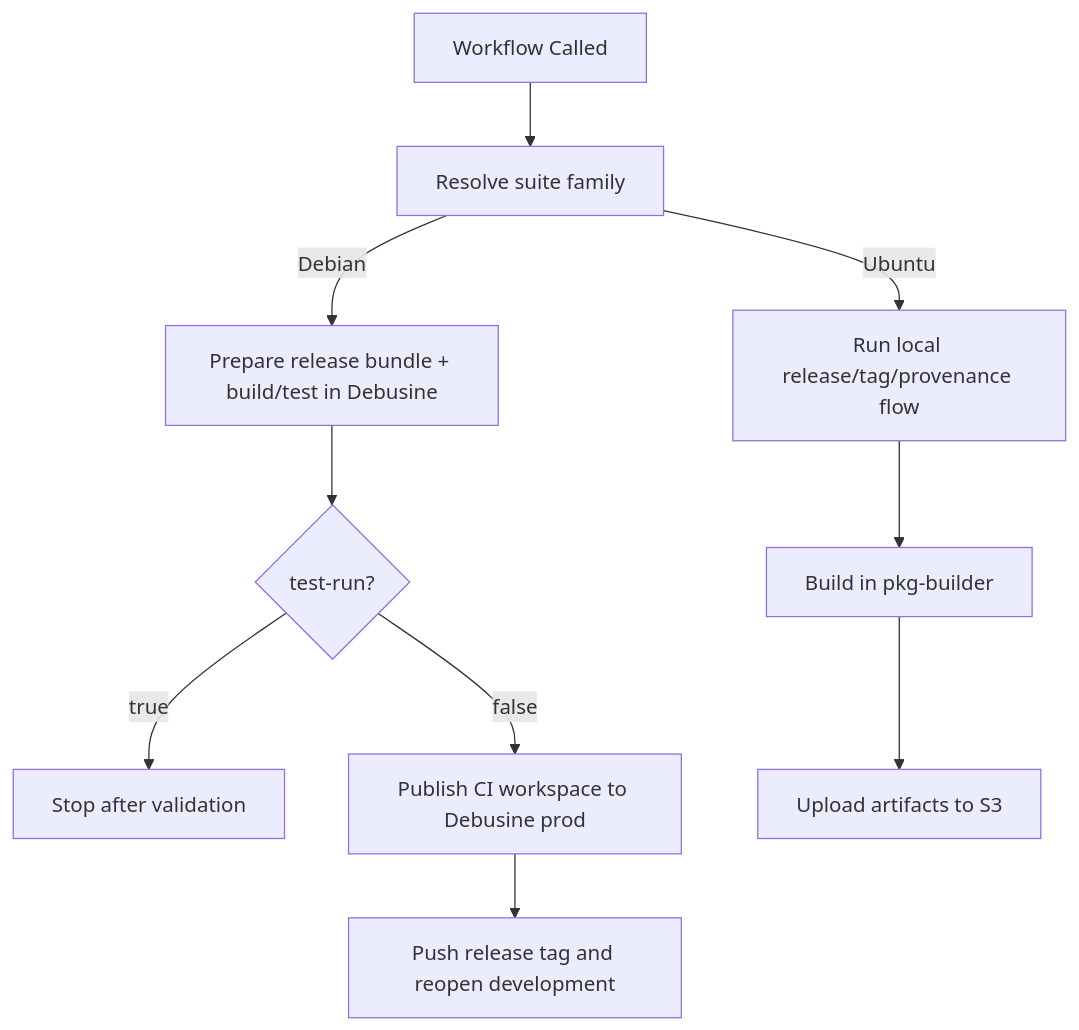
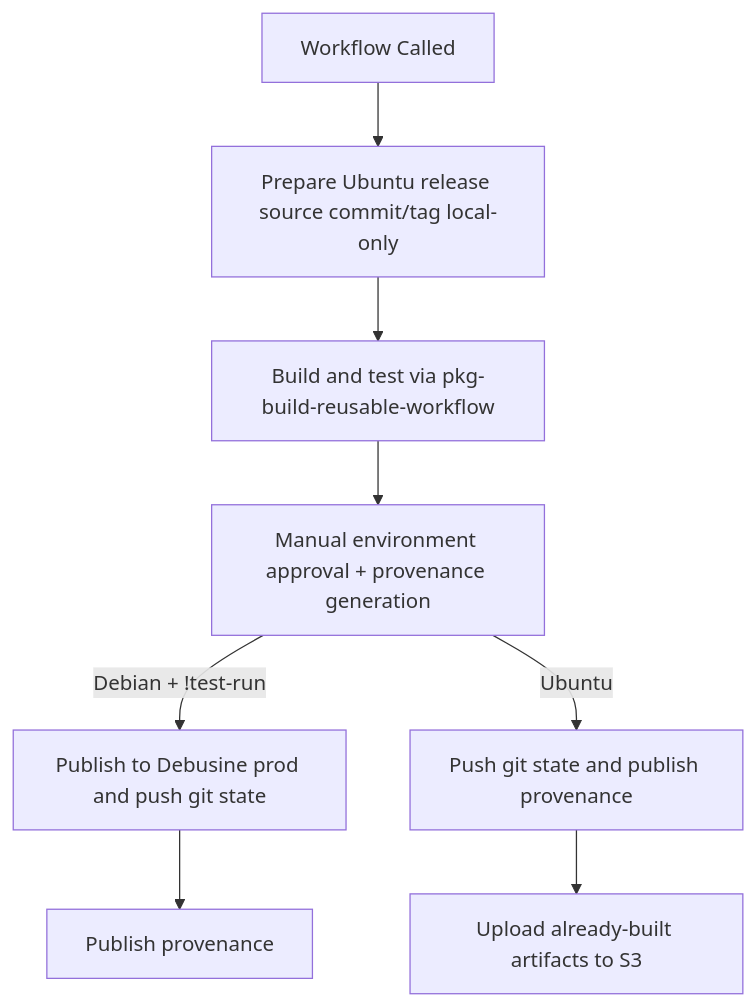
Before and after one commit to qualcomm-linux/qcom-build-utils: the second of 7 diagrams in docs/reusable-workflows.md, drawn with Mermaid. The commit also changed other lines of this file and 2 other files, not shown here.

````diff
--- a/docs/reusable-workflows.md
+++ b/docs/reusable-workflows.md
@@ -119,12 +118,10 @@
 ```mermaid
 flowchart TD
-    A[Workflow Called] --> B[Resolve suite family]
-    B -->|Debian| C[Prepare release bundle + build/test in Debusine]
-    C --> D{test-run?}
-    D -->|true| E[Stop after validation]
-    D -->|false| F[Publish CI workspace to Debusine prod]
-    F --> G[Push release tag and reopen development]
-    B -->|Ubuntu| H[Run local release/tag/provenance flow]
-    H --> I[Build in pkg-builder]
-    I --> J[Upload artifacts to S3]
+    A[Workflow Called] --> B[Prepare Ubuntu release source commit/tag local-only]
+    B --> C[Build and test via pkg-build-reusable-workflow]
+    C --> D[Manual environment approval + provenance generation]
+    D -->|Debian + !test-run| E[Publish to Debusine prod and push git state]
+    E --> F[Publish provenance]
+    D -->|Ubuntu| G[Push git state and publish provenance]
+    G --> H[Upload already-built artifacts to S3]
 ```
````
